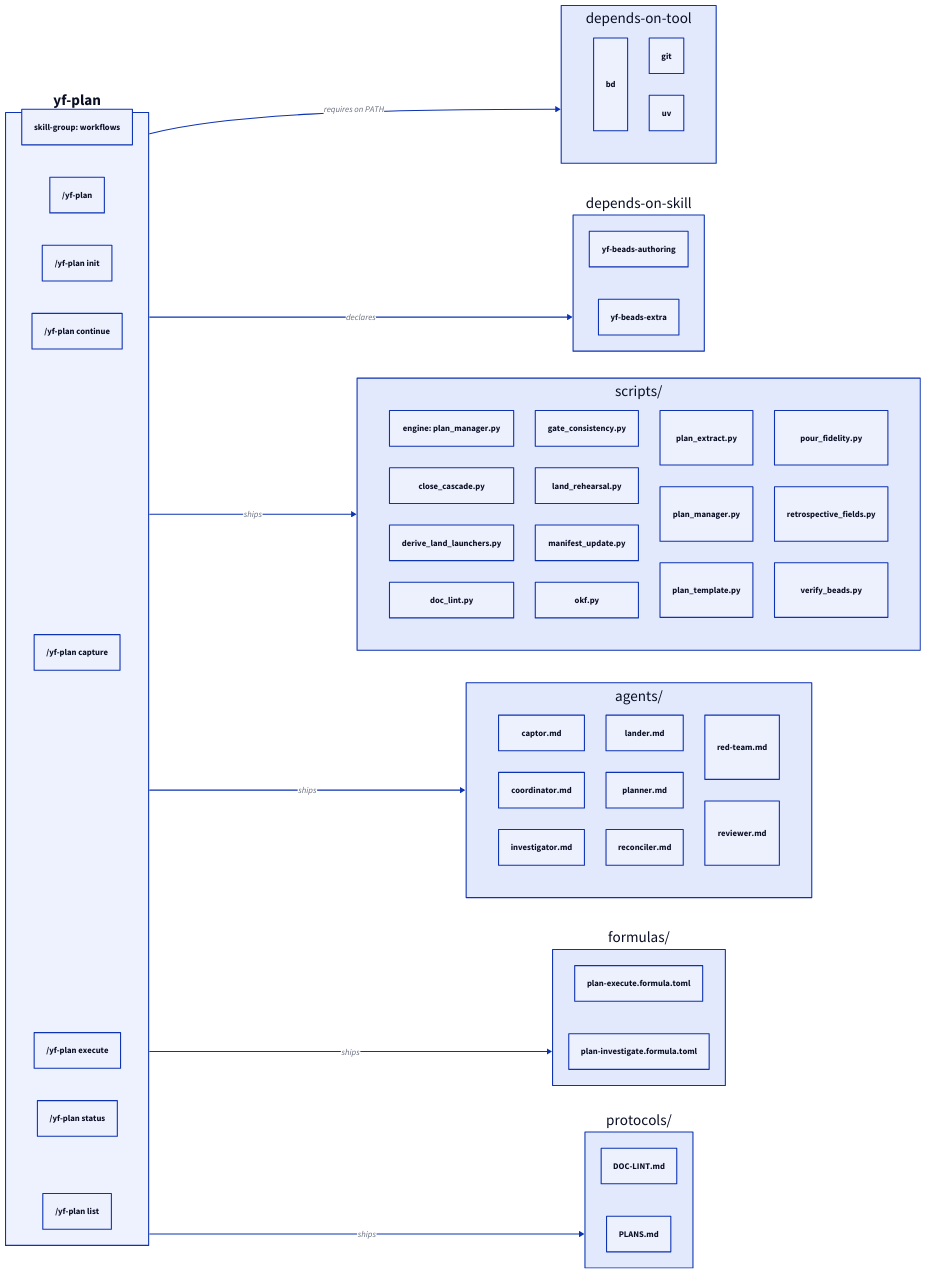
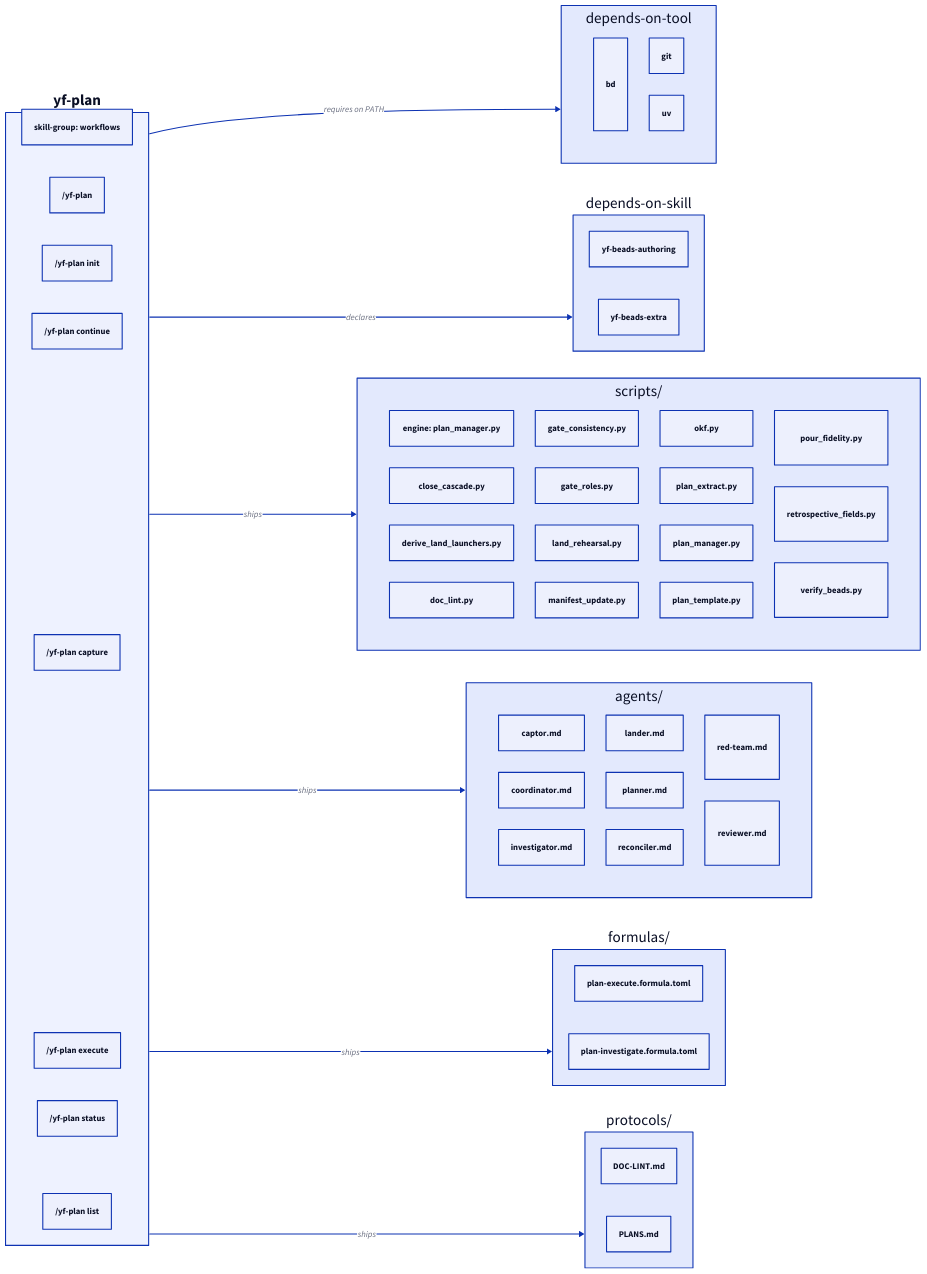
One commit to dixson3/yoshiko-flow changed the diagram in web/content/images/skills/yf-plan.d2. Above: the diagram before and after it, drawn with D2. The commit also changed 65 other files, not shown here.

```diff
--- a/web/content/images/skills/yf-plan.d2
+++ b/web/content/images/skills/yf-plan.d2
@@ -1,87 +1,88 @@
 # GENERATED by web/plugins/skill_diagrams.py — DO NOT EDIT BY HAND.
 # Regenerate: uv run web/plugins/skill_diagrams.py
 # Verify:     uv run web/plugins/skill_diagrams.py --check
 # Source of truth: skills/yf-plan/SKILL.md frontmatter + directory listings,
 # read through web/plugins/skill_model.py — the SAME reader the site page uses.
 # nodes=10 edges=9 (threshold: nodes >= 5)
 direction: right
 
 yf_plan: {
   label: "yf-plan"
   style.fill: "#eef2ff"
   style.bold: true
   group: "skill-group: workflows"
   invocation: "/yf-plan"
   verb_init: "/yf-plan init"
   verb_continue: "/yf-plan continue"
   verb_capture: "/yf-plan capture"
   verb_execute: "/yf-plan execute"
   verb_status: "/yf-plan status"
   verb_list: "/yf-plan list"
 }
 
 tools: {
   label: "depends-on-tool"
   grid-columns: 2
   bd: "bd"
   git: "git"
   uv: "uv"
 }
 
 deps: {
   label: "depends-on-skill"
   # single column
   yf_beads_authoring: "yf-beads-authoring"
   yf_beads_extra: "yf-beads-extra"
 }
 
 scripts: {
   label: "scripts/"
   engine: "engine: plan_manager.py"
   grid-columns: 4
   close_cascade_py: "close_cascade.py"
   derive_land_launchers_py: "derive_land_launchers.py"
   doc_lint_py: "doc_lint.py"
   gate_consistency_py: "gate_consistency.py"
+  gate_roles_py: "gate_roles.py"
   land_rehearsal_py: "land_rehearsal.py"
   manifest_update_py: "manifest_update.py"
   okf_py: "okf.py"
   plan_extract_py: "plan_extract.py"
   plan_manager_py: "plan_manager.py"
   plan_template_py: "plan_template.py"
   pour_fidelity_py: "pour_fidelity.py"
   retrospective_fields_py: "retrospective_fields.py"
   verify_beads_py: "verify_beads.py"
 }
 
 agents: {
   label: "agents/"
   grid-columns: 3
   captor_md: "captor.md"
   coordinator_md: "coordinator.md"
   investigator_md: "investigator.md"
   lander_md: "lander.md"
   planner_md: "planner.md"
   reconciler_md: "reconciler.md"
   red_team_md: "red-team.md"
   reviewer_md: "reviewer.md"
 }
 
 formulas: {
   label: "formulas/"
   plan_execute_formula_toml: "plan-execute.formula.toml"
   plan_investigate_formula_toml: "plan-investigate.formula.toml"
 }
 
 protocols: {
   label: "protocols/"
   DOC_LINT_md: "DOC-LINT.md"
   PLANS_md: "PLANS.md"
 }
 
 yf_plan -> tools: "requires on PATH"
 yf_plan -> deps: "declares"
 yf_plan -> scripts: "ships"
 yf_plan -> agents: "ships"
 yf_plan -> formulas: "ships"
 yf_plan -> protocols: "ships"
```
